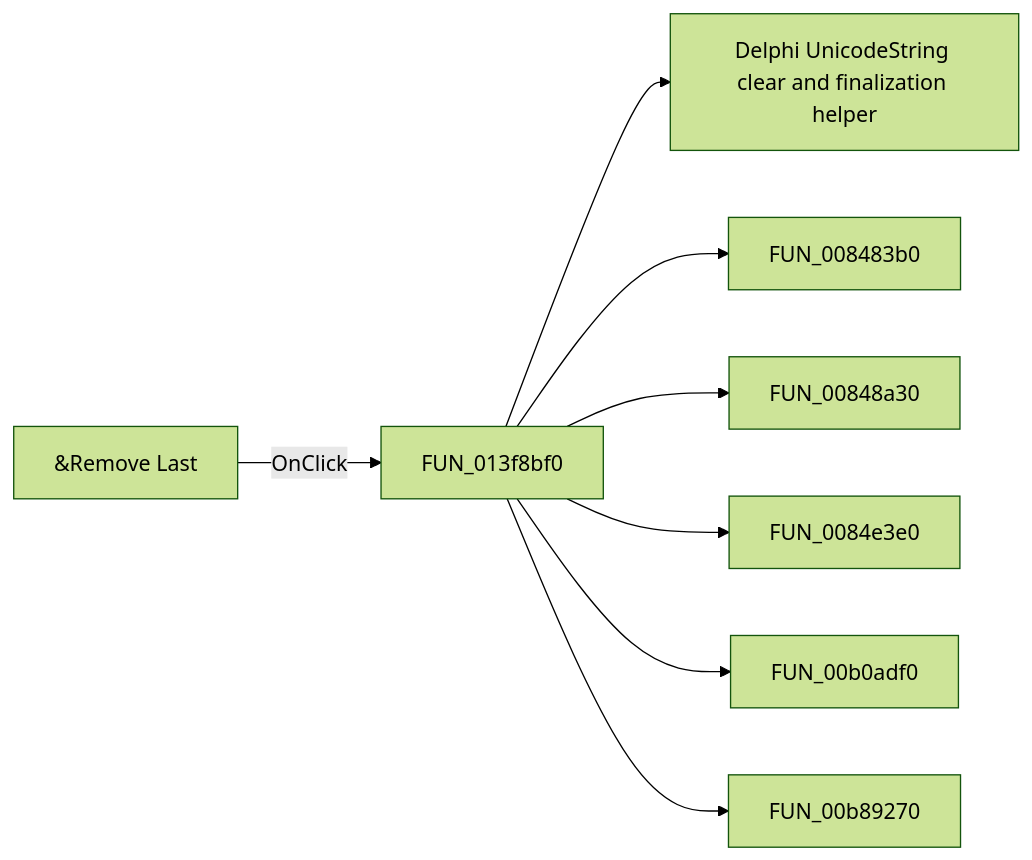
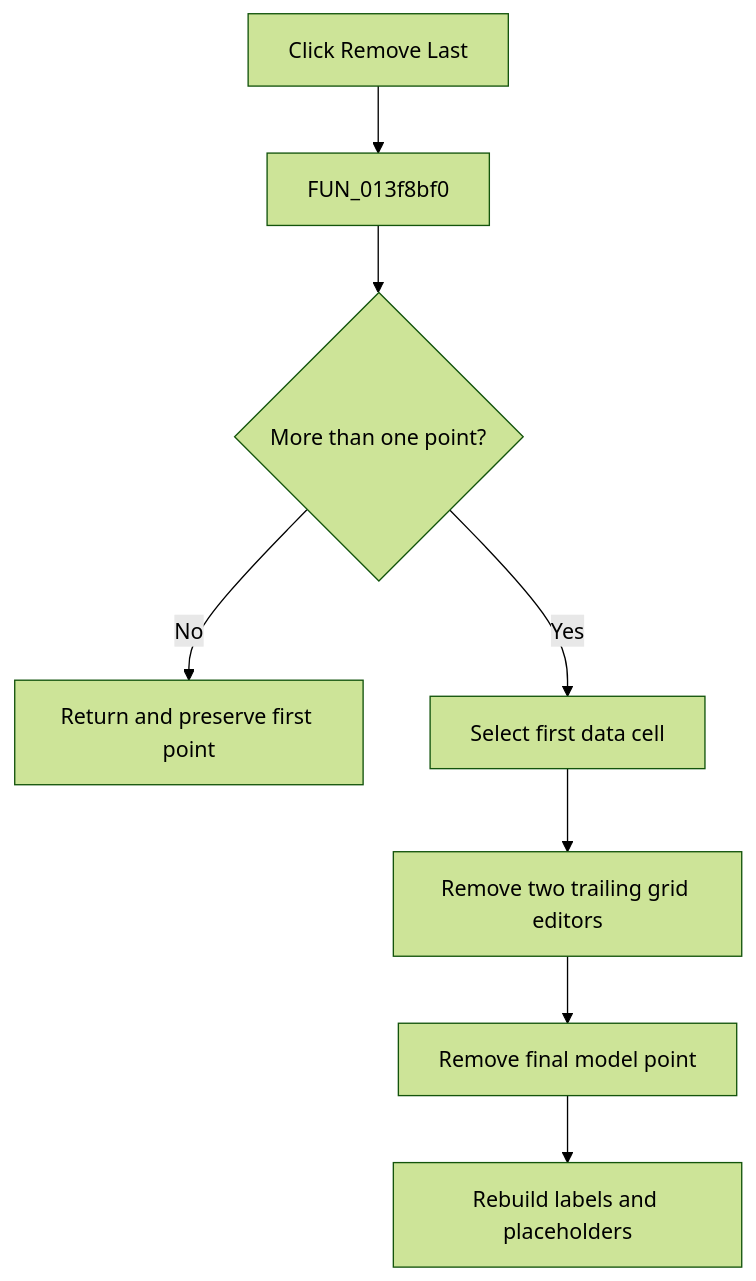
Before and after one commit to MovGP0/TIARA: the diagram in docs/ui-controls/psgform/removelast-5ec1eb623f.md, drawn with Mermaid (forest theme). The commit also changed other lines of this file and 1062 other files, not shown here.

````diff
--- a/docs/ui-controls/psgform/removelast-5ec1eb623f.md
+++ b/docs/ui-controls/psgform/removelast-5ec1eb623f.md
@@ -27,10 +31,10 @@
 ```mermaid
-flowchart LR
-    control["&Remove Last"] -->|OnClick| handler["FUN_013f8bf0"]
-    handler --> call1["Delphi UnicodeString clear and finalization helper"]
-    handler --> call2["FUN_008483b0"]
-    handler --> call3["FUN_00848a30"]
-    handler --> call4["FUN_0084e3e0"]
-    handler --> call5["FUN_00b0adf0"]
-    handler --> call6["FUN_00b89270"]
+flowchart TD
+    Click["Click Remove Last"] --> Handler["FUN_013f8bf0"]
+    Handler --> Count{"More than one point?"}
+    Count -->|No| NoOp["Return and preserve first point"]
+    Count -->|Yes| Select["Select first data cell"]
+    Select --> Editors["Remove two trailing grid editors"]
+    Editors --> Model["Remove final model point"]
+    Model --> Labels["Rebuild labels and placeholders"]
 ```
````
